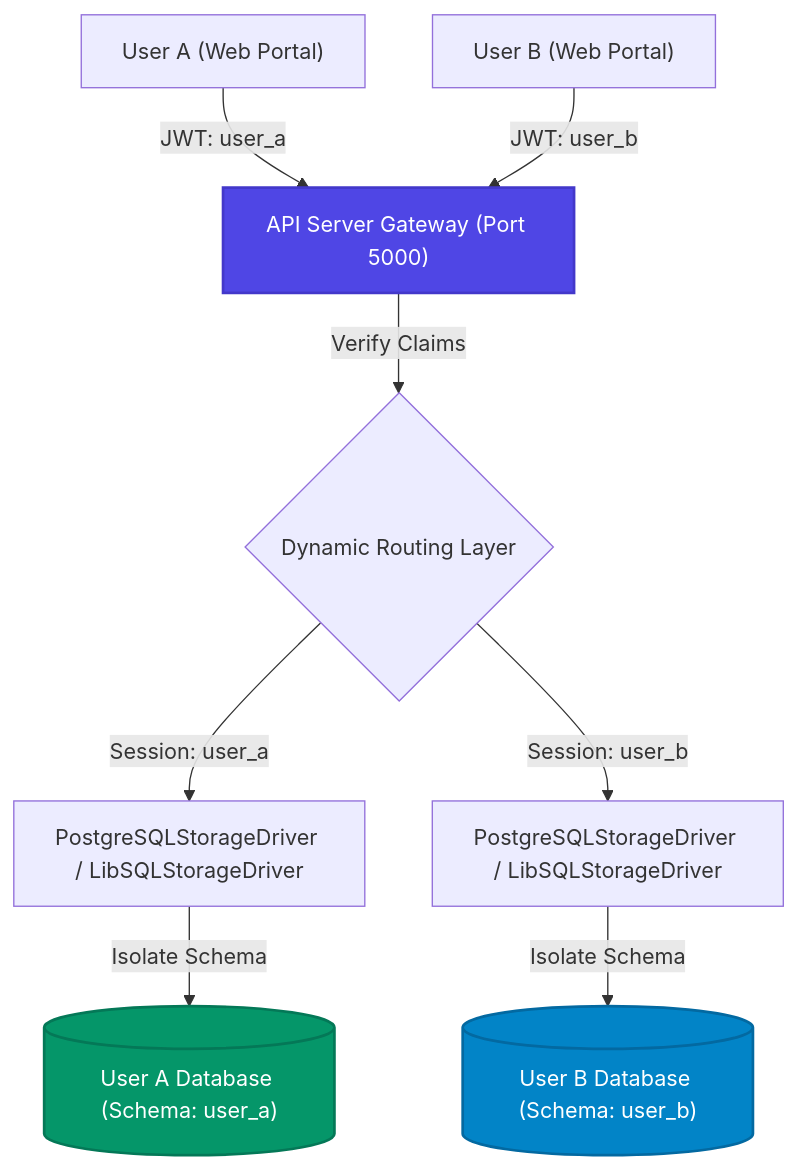
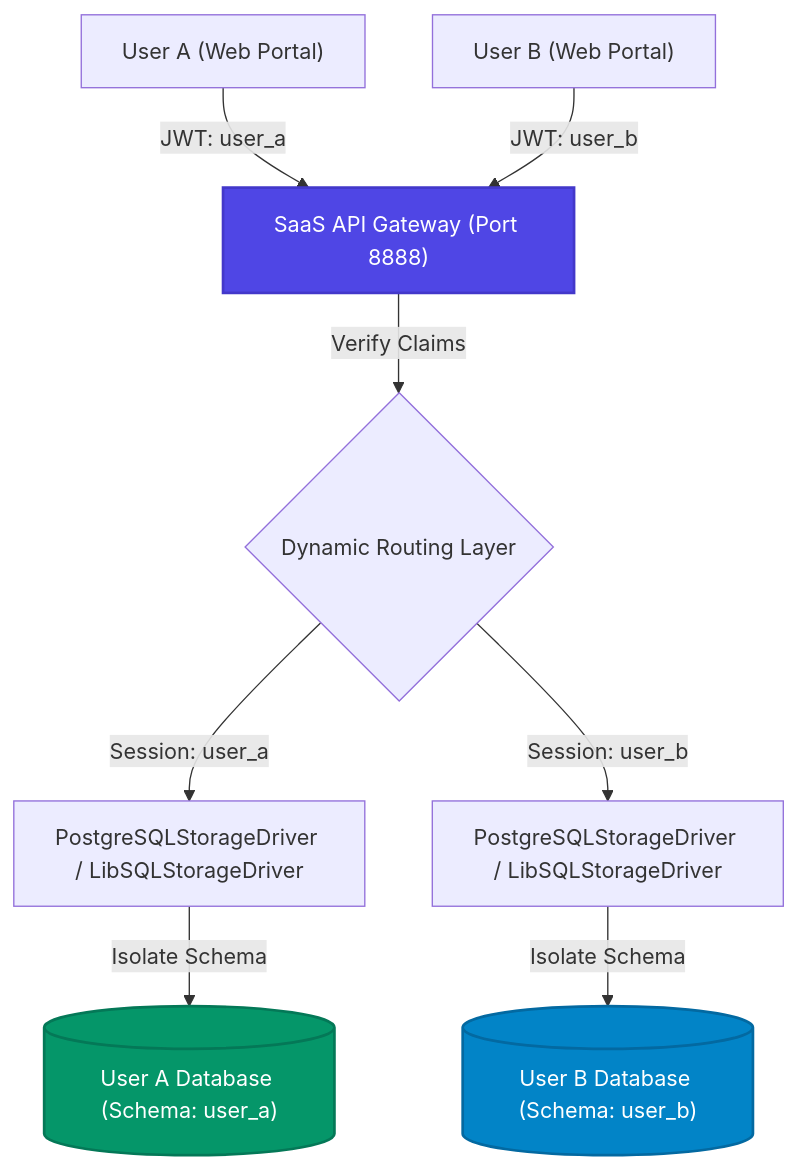
Before and after one commit to Arean82/llm_chat_app: the diagram in SAAS_STORAGE_ARCHITECTURE_PLAN.md, drawn with Mermaid. The commit also changed other lines of this file and 35 other files, not shown here.

````diff
--- a/SAAS_STORAGE_ARCHITECTURE_PLAN.md
+++ b/SAAS_STORAGE_ARCHITECTURE_PLAN.md
@@ -10,17 +10,17 @@
 ```mermaid
 graph TD
-    UserA["User A (Web Portal)"] -->|JWT: user_a| Gateway["API Server Gateway (Port 5000)"]
+    UserA["User A (Web Portal)"] -->|JWT: user_a| Gateway["SaaS API Gateway (Port 8888)"]
     UserB["User B (Web Portal)"] -->|JWT: user_b| Gateway
     
     Gateway -->|Verify Claims| Router{"Dynamic Routing Layer"}
     
     Router -->|Session: user_a| DriverA["PostgreSQLStorageDriver / LibSQLStorageDriver"]
     Router -->|Session: user_b| DriverB["PostgreSQLStorageDriver / LibSQLStorageDriver"]
     
     DriverA -->|Isolate Schema| DbA[("User A Database (Schema: user_a)")]
     DriverB -->|Isolate Schema| DbB[("User B Database (Schema: user_b)")]
     
     style DbA fill:#059669,stroke:#047857,stroke-width:2px,color:#fff
     style DbB fill:#0284c7,stroke:#0369a1,stroke-width:2px,color:#fff
     style Gateway fill:#4f46e5,stroke:#4338ca,stroke-width:2px,color:#fff
 ```
````
